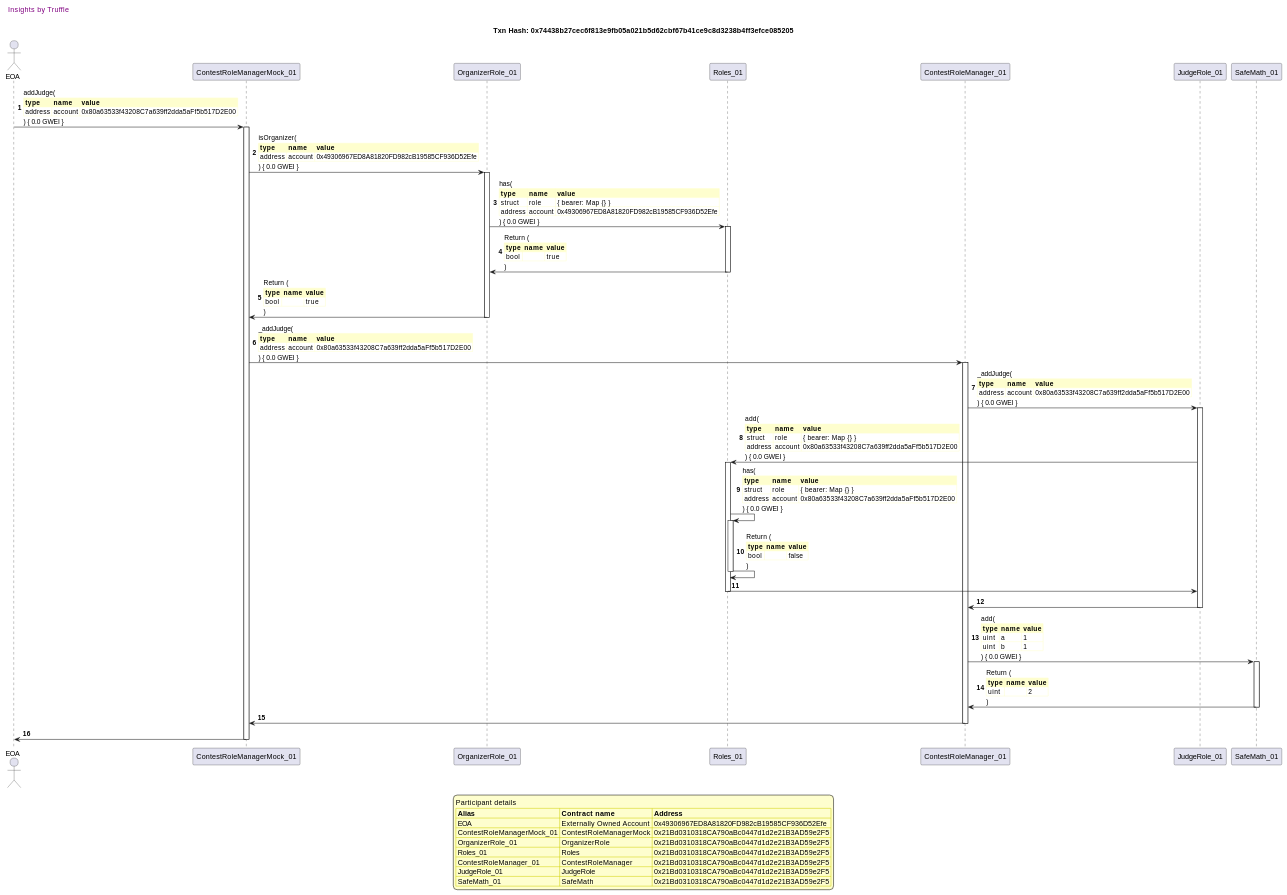
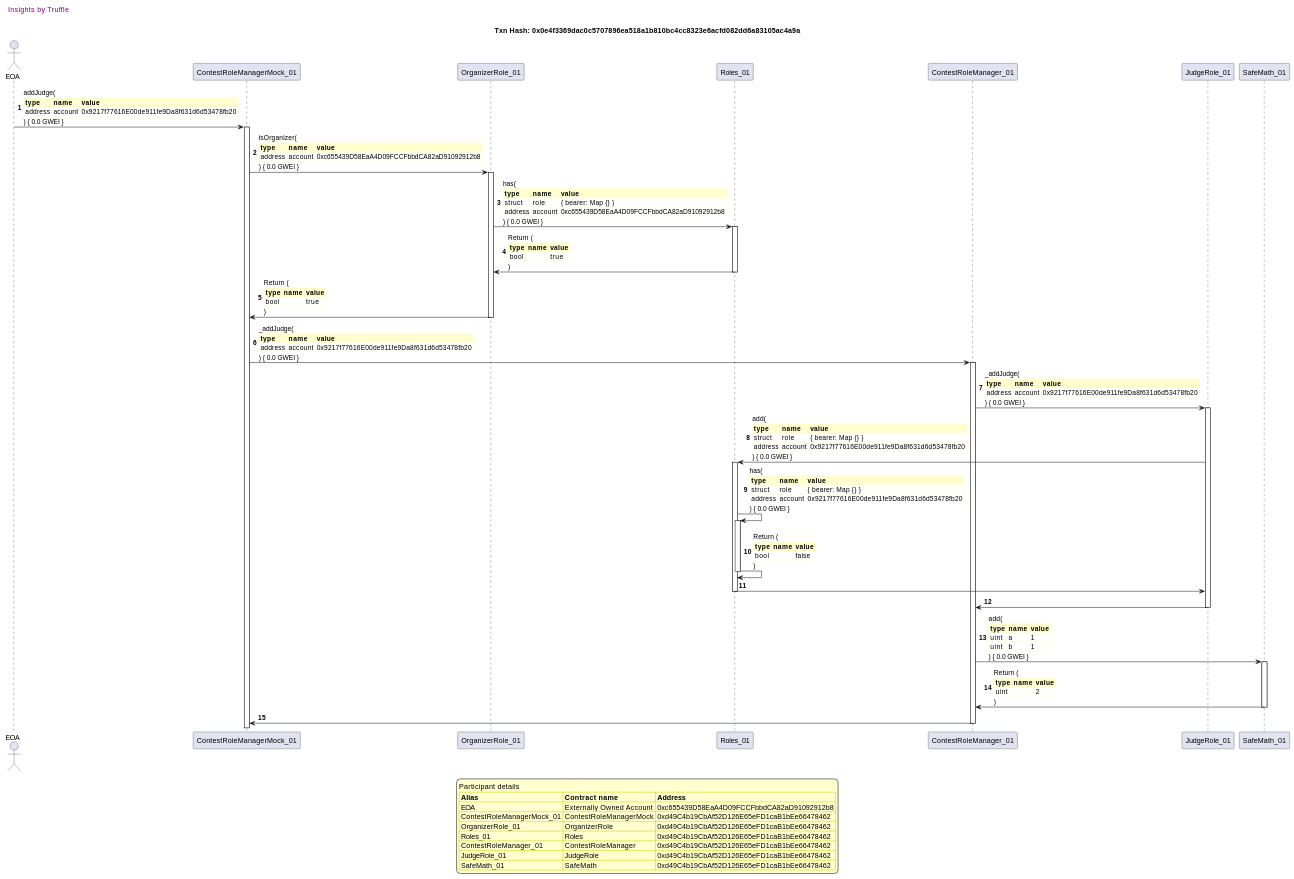
Before and after one commit to fodisi/hackapay: diagram 14 of 20 in truffle-seq/roles_contestrolemanager.md, drawn with PlantUML. The commit also changed other lines of this file and 10 other files, not shown here.

```diff
--- a/truffle-seq/roles_contestrolemanager.md
+++ b/truffle-seq/roles_contestrolemanager.md
@@ -1279,7 +1268,7 @@
 
 header Insights by Truffle
 
-title Txn Hash: 0x74438b27cec6f813e9fb05a021b5d62cbf67b41ce9c8d3238b4ff3efce085205
+title Txn Hash: 0x0e4f3369dac0c5707896ea518a1b810bc4cc8323e6acfd082dd6a83105ac4a9a
 
 
 actor EOA as "EOA"
@@ -1292,16 +1281,16 @@
 
 "EOA" -> "ContestRoleManagerMock_01" ++: addJudge(\n\
 <#FEFECE,#FEFECE>|= type |= name |= value |\n\
-| address | account | 0x80a63533f43208C7a639ff2dda5aFf5b517D2E00 |\n\
+| address | account | 0x9217f77616E00de911fe9Da8f631d6d53478fb20 |\n\
 ) { 0.0 GWEI }
 "ContestRoleManagerMock_01" -> "OrganizerRole_01" ++: isOrganizer(\n\
 <#FEFECE,#FEFECE>|= type |= name |= value |\n\
-| address | account | 0x49306967ED8A81820FD982cB19585CF936D52Efe |\n\
+| address | account | 0xc655439D58EaA4D09FCCFbbdCA82aD91092912b8 |\n\
 ) { 0.0 GWEI }
 "OrganizerRole_01" -> "Roles_01" ++: has(\n\
 <#FEFECE,#FEFECE>|= type |= name |= value |\n\
 | struct | role | { bearer: Map {} } |\n\
-| address | account | 0x49306967ED8A81820FD982cB19585CF936D52Efe |\n\
+| address | account | 0xc655439D58EaA4D09FCCFbbdCA82aD91092912b8 |\n\
 ) { 0.0 GWEI }
 "Roles_01" -> "OrganizerRole_01" --: Return (\n\
 <#FEFECE,#FEFECE>|= type |= name |= value |\n\
@@ -1313,21 +1302,21 @@
 )
 "ContestRoleManagerMock_01" -> "ContestRoleManager_01" ++: _addJudge(\n\
 <#FEFECE,#FEFECE>|= type |= name |= value |\n\
-| address | account | 0x80a63533f43208C7a639ff2dda5aFf5b517D2E00 |\n\
+| address | account | 0x9217f77616E00de911fe9Da8f631d6d53478fb20 |\n\
 ) { 0.0 GWEI }
 "ContestRoleManager_01" -> "JudgeRole_01" ++: _addJudge(\n\
 <#FEFECE,#FEFECE>|= type |= name |= value |\n\
-| address | account | 0x80a63533f43208C7a639ff2dda5aFf5b517D2E00 |\n\
+| address | account | 0x9217f77616E00de911fe9Da8f631d6d53478fb20 |\n\
 ) { 0.0 GWEI }
 "JudgeRole_01" -> "Roles_01" ++: add(\n\
 <#FEFECE,#FEFECE>|= type |= name |= value |\n\
 | struct | role | { bearer: Map {} } |\n\
-| address | account | 0x80a63533f43208C7a639ff2dda5aFf5b517D2E00 |\n\
+| address | account | 0x9217f77616E00de911fe9Da8f631d6d53478fb20 |\n\
 ) { 0.0 GWEI }
 "Roles_01" -> "Roles_01" ++: has(\n\
 <#FEFECE,#FEFECE>|= type |= name |= value |\n\
 | struct | role | { bearer: Map {} } |\n\
-| address | account | 0x80a63533f43208C7a639ff2dda5aFf5b517D2E00 |\n\
+| address | account | 0x9217f77616E00de911fe9Da8f631d6d53478fb20 |\n\
 ) { 0.0 GWEI }
 "Roles_01" -> "Roles_01" --: Return (\n\
 <#FEFECE,#FEFECE>|= type |= name |= value |\n\
@@ -1345,18 +1334,17 @@
 | uint |  | 2 |\n\
 )
 "ContestRoleManager_01" -> "ContestRoleManagerMock_01" --: 
-"ContestRoleManagerMock_01" -> "EOA" --: 
 
 legend
 Participant details
 <#FEFECE,#D0D000>|= Alias |= Contract name |= Address |
-<#FEFECE>| EOA | Externally Owned Account | 0x49306967ED8A81820FD982cB19585CF936D52Efe |
-<#FEFECE>| ContestRoleManagerMock_01 | ContestRoleManagerMock | 0x21Bd0310318CA790aBc0447d1d2e21B3AD59e2F5 |
-<#FEFECE>| OrganizerRole_01 | OrganizerRole | 0x21Bd0310318CA790aBc0447d1d2e21B3AD59e2F5 |
-<#FEFECE>| Roles_01 | Roles | 0x21Bd0310318CA790aBc0447d1d2e21B3AD59e2F5 |
-<#FEFECE>| ContestRoleManager_01 | ContestRoleManager | 0x21Bd0310318CA790aBc0447d1d2e21B3AD59e2F5 |
-<#FEFECE>| JudgeRole_01 | JudgeRole | 0x21Bd0310318CA790aBc0447d1d2e21B3AD59e2F5 |
-<#FEFECE>| SafeMath_01 | SafeMath | 0x21Bd0310318CA790aBc0447d1d2e21B3AD59e2F5 |
+<#FEFECE>| EOA | Externally Owned Account | 0xc655439D58EaA4D09FCCFbbdCA82aD91092912b8 |
+<#FEFECE>| ContestRoleManagerMock_01 | ContestRoleManagerMock | 0xd49C4b19CbAf52D126E65eFD1caB1bEe66478462 |
+<#FEFECE>| OrganizerRole_01 | OrganizerRole | 0xd49C4b19CbAf52D126E65eFD1caB1bEe66478462 |
+<#FEFECE>| Roles_01 | Roles | 0xd49C4b19CbAf52D126E65eFD1caB1bEe66478462 |
+<#FEFECE>| ContestRoleManager_01 | ContestRoleManager | 0xd49C4b19CbAf52D126E65eFD1caB1bEe66478462 |
+<#FEFECE>| JudgeRole_01 | JudgeRole | 0xd49C4b19CbAf52D126E65eFD1caB1bEe66478462 |
+<#FEFECE>| SafeMath_01 | SafeMath | 0xd49C4b19CbAf52D126E65eFD1caB1bEe66478462 |
 endlegend
 
 @enduml
```
